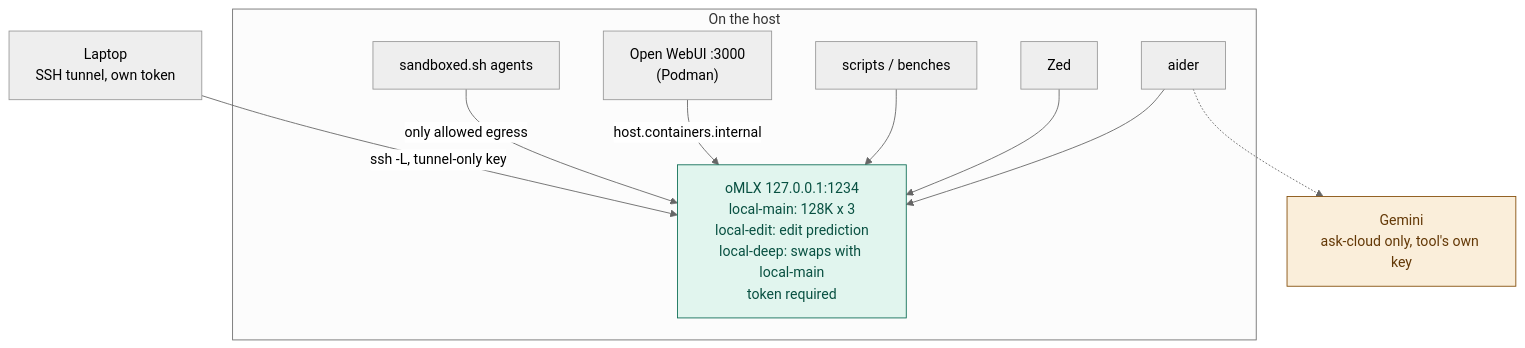
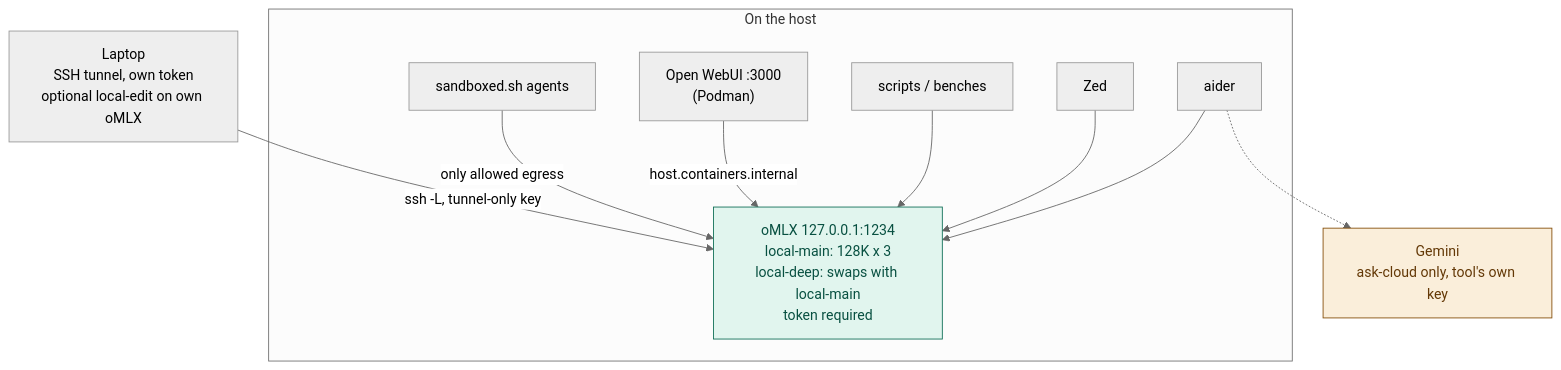
Before and after one commit to ouster/hearth: the diagram in docs/ARCHITECTURE.md, drawn with Mermaid (neutral theme). The commit also changed other lines of this file and 21 other files, not shown here.

First line of the commit message:
Keep local-edit on laptop oMLX after the host paired gate failed.

````diff
--- a/docs/ARCHITECTURE.md
+++ b/docs/ARCHITECTURE.md
@@ -10,27 +10,27 @@
 ```mermaid
 flowchart TB
     subgraph onHost["On the host"]
         aider["aider"]
         zed["Zed"]
         scripts["scripts / benches"]
         webui["Open WebUI :3000<br/>(Podman)"]
         sbx["sandboxed.sh agents"]
-        srv["oMLX 127.0.0.1:1234<br/>local-main: 128K x 3<br/>local-edit: edit prediction<br/>local-deep: swaps with local-main<br/>token required"]
+        srv["oMLX 127.0.0.1:1234<br/>local-main: 128K x 3<br/>local-deep: swaps with local-main<br/>token required"]
     end
 
-    laptop["Laptop<br/>SSH tunnel, own token"]
+    laptop["Laptop<br/>SSH tunnel, own token<br/>optional local-edit on own oMLX"]
     cloud["Gemini<br/>ask-cloud only, tool's own key"]
 
     aider --> srv
     zed --> srv
     scripts --> srv
     webui -->|"host.containers.internal"| srv
     sbx -->|"only allowed egress"| srv
     laptop -->|"ssh -L, tunnel-only key"| srv
     aider -.-> cloud
 
     classDef localCls fill:#E1F5EE,stroke:#0F6E56,color:#085041
     classDef leaveCls fill:#FAEEDA,stroke:#854F0B,color:#633806
     class srv localCls
     class cloud leaveCls
 ```
````
